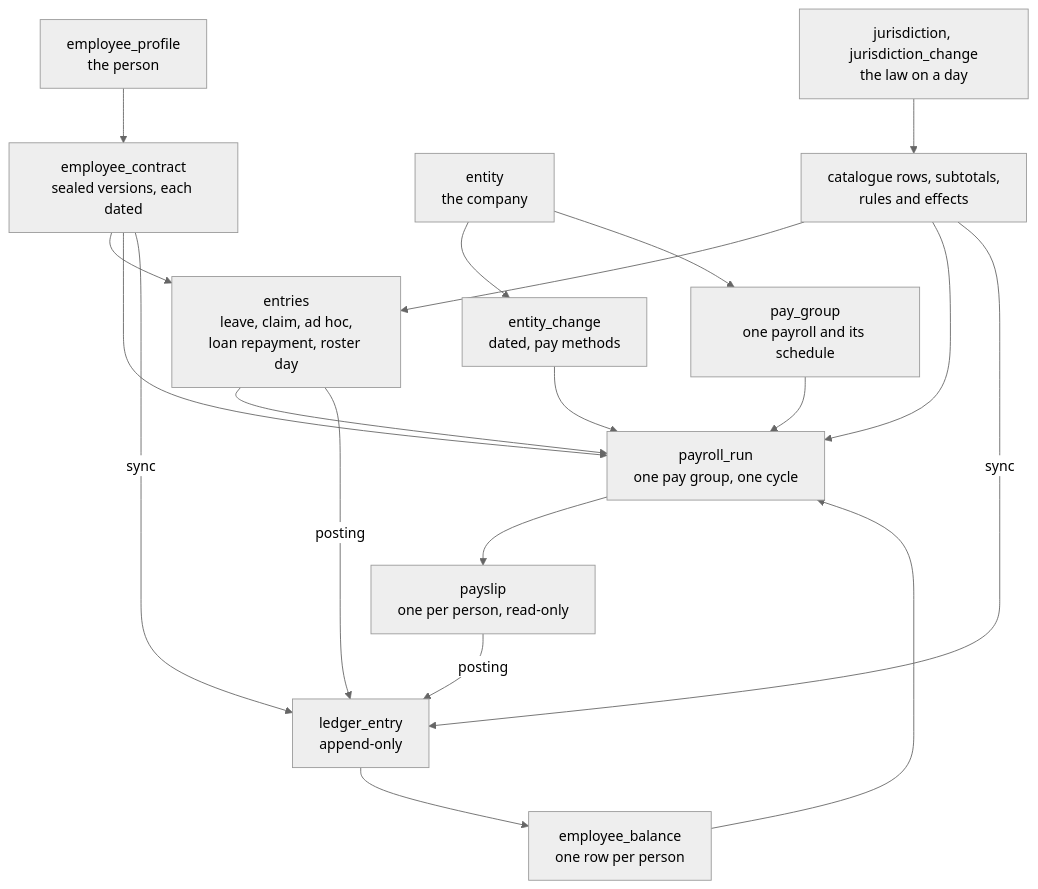
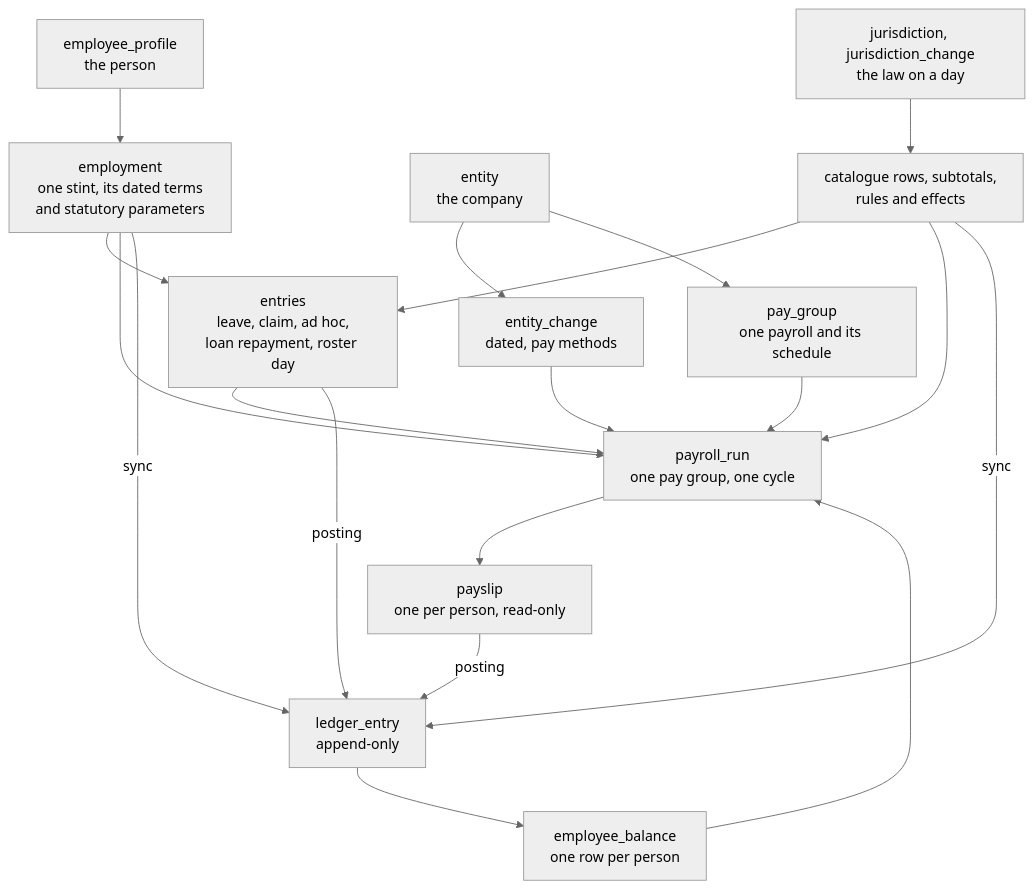
One commit to norbital-ai/templates changed the first of 4 diagrams in hrms/docs/0001-hrms-calculation-architecture.md. Above: the diagram before and after it, drawn with Mermaid (neutral theme). The commit also changed other lines of this file and 179 other files, not shown here.

````diff
--- a/hrms/docs/0001-hrms-calculation-architecture.md
+++ b/hrms/docs/0001-hrms-calculation-architecture.md
@@ -199,21 +199,21 @@
 ```mermaid
 flowchart TD
-  person[employee_profile<br/>the person] --> contract[employee_contract<br/>sealed versions, each dated]
+  person[employee_profile<br/>the person] --> employment[employment<br/>one stint, its dated terms<br/>and statutory parameters]
   entity[entity<br/>the company] --> change[entity_change<br/>dated, pay methods]
   entity --> group[pay_group<br/>one payroll and its schedule]
   law[jurisdiction, jurisdiction_change<br/>the law on a day] --> rows[catalogue rows, subtotals,<br/>rules and effects]
-  contract --> entries[entries<br/>leave, claim, ad hoc,<br/>loan repayment, roster day]
+  employment --> entries[entries<br/>leave, claim, ad hoc,<br/>loan repayment, roster day]
   rows --> entries
-  contract --> run[payroll_run<br/>one pay group, one cycle]
+  employment --> run[payroll_run<br/>one pay group, one cycle]
   change --> run
   group --> run
   rows --> run
   entries --> run
   run --> payslip[payslip<br/>one per person, read-only]
   entries -- posting --> ledger[ledger_entry<br/>append-only]
   payslip -- posting --> ledger
-  contract -- sync --> ledger
+  employment -- sync --> ledger
   rows -- sync --> ledger
   ledger --> balance[employee_balance<br/>one row per person]
   balance --> run
 ```
````
